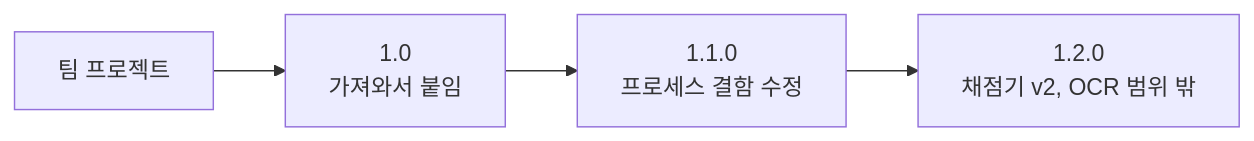
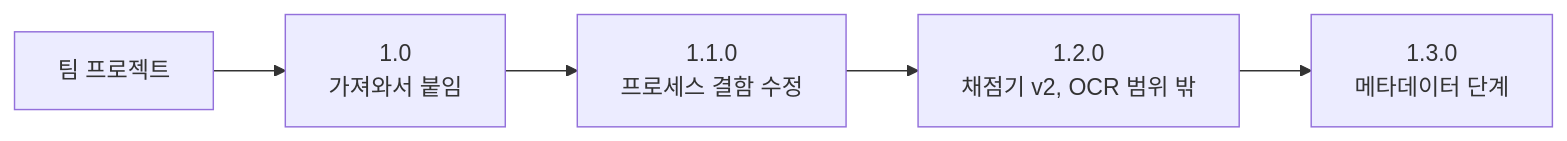
Before and after one commit to adover134/hierarchical-md-rag: the first of 2 diagrams in docs/08_버전과_브랜치.md, drawn with Mermaid. The commit also changed other lines of this file and 22 other files, not shown here.

````diff
--- a/docs/08_버전과_브랜치.md
+++ b/docs/08_버전과_브랜치.md
@@ -10,6 +10,7 @@
 ```mermaid
 flowchart LR
     T["팀 프로젝트"] --> V10["1.0<br/>가져와서 붙임"]
     V10 --> V11["1.1.0<br/>프로세스 결함 수정"]
     V11 --> V12["1.2.0<br/>채점기 v2, OCR 범위 밖"]
+    V12 --> V13["1.3.0<br/>메타데이터 단계"]
 ```
````
